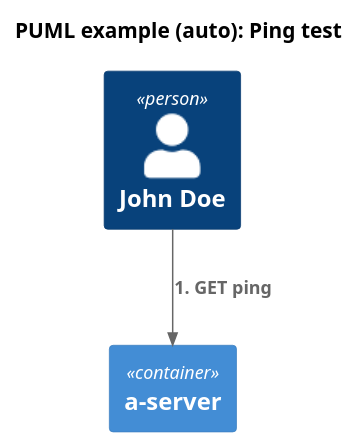
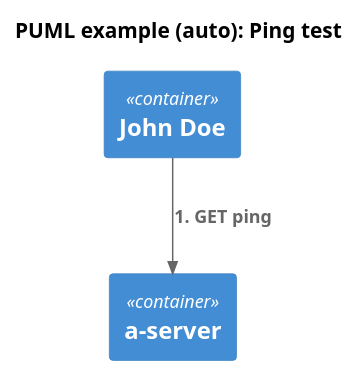
One commit to http4k/http4k-diagram-examples changed the diagram in sequence-diagrams/.generated/diagrams/PUML example (auto): Ping test - Flow.puml. Above: the diagram before and after it, drawn with PlantUML. The commit also changed 14 other files, not shown here.

```diff
--- a/sequence-diagrams/.generated/diagrams/PUML example (auto): Ping test - Flow.puml
+++ b/sequence-diagrams/.generated/diagrams/PUML example (auto): Ping test - Flow.puml
@@ -1,10 +1,10 @@
 @startuml
 title PUML example (auto): Ping test
 
 !include https://raw.githubusercontent.com/plantuml-stdlib/C4-PlantUML/master/C4_Container.puml
 
 
-Person(JohnDoe, "John Doe")
+Container(JohnDoe, "John Doe")
 Container(aserver, "a-server")    
 Rel_D(JohnDoe, aserver, "1. GET ping ")    
 @enduml
```
